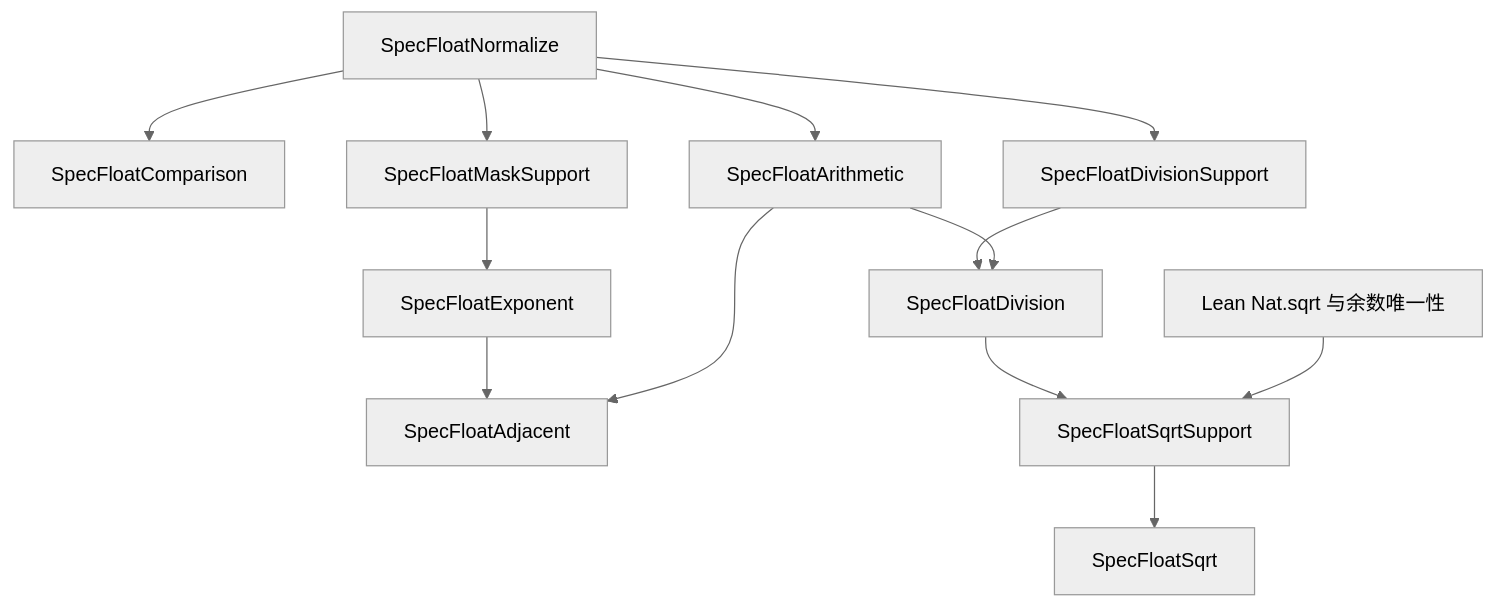
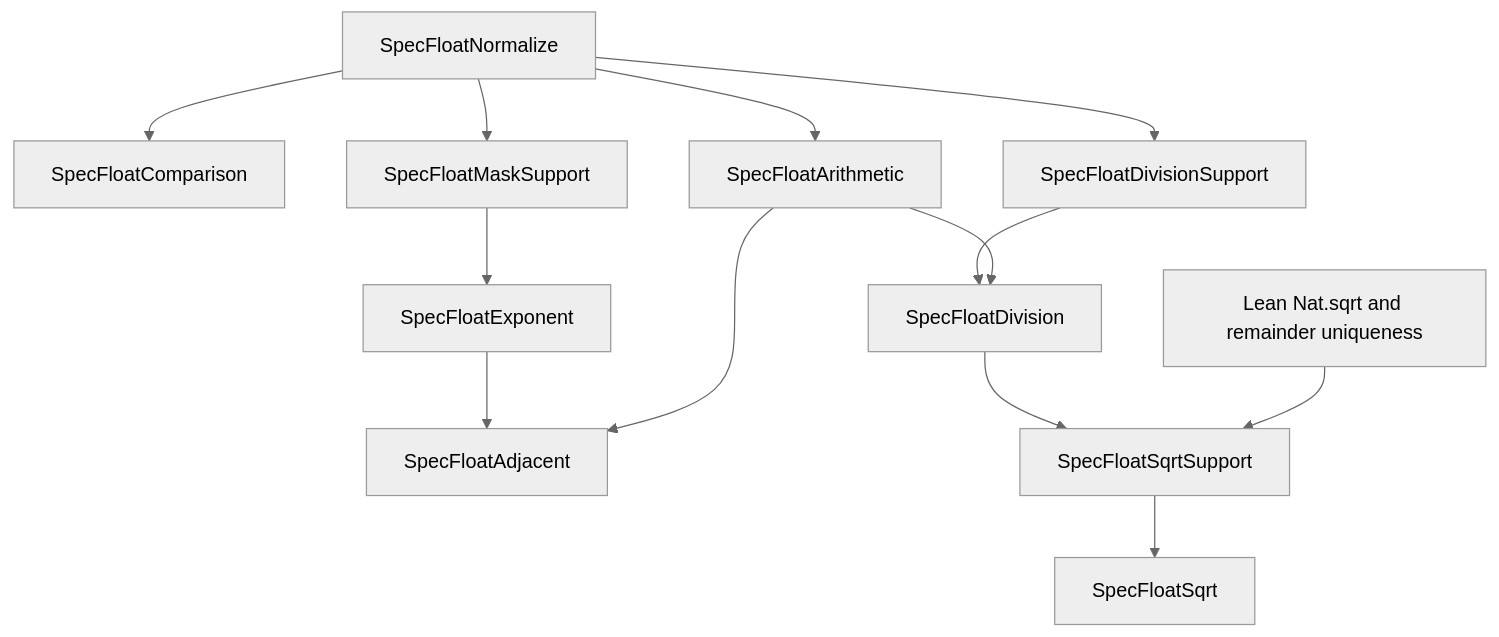
Diagram 23 of 26 in experiments/incremental-correspondence-20261019/DAG.md (jackooo-dddd/rocq-core), drawn with Mermaid (neutral theme) before and after one commit. The commit also changed other lines of this file and 701 other files, not shown here.

````diff
--- a/experiments/incremental-correspondence-20261019/DAG.md
+++ b/experiments/incremental-correspondence-20261019/DAG.md
@@ -623,15 +623,15 @@
 ```mermaid
 flowchart TD
   SpecFloatNormalize --> SpecFloatComparison
   SpecFloatNormalize --> SpecFloatArithmetic
   SpecFloatNormalize --> SpecFloatMaskSupport
   SpecFloatMaskSupport --> SpecFloatExponent
   SpecFloatExponent --> SpecFloatAdjacent
   SpecFloatArithmetic --> SpecFloatAdjacent
   SpecFloatNormalize --> SpecFloatDivisionSupport
   SpecFloatDivisionSupport --> SpecFloatDivision
   SpecFloatArithmetic --> SpecFloatDivision
   SpecFloatDivision --> SpecFloatSqrtSupport
-  NatSqrt[Lean Nat.sqrt 与余数唯一性] --> SpecFloatSqrtSupport
+  NatSqrt[Lean Nat.sqrt and remainder uniqueness] --> SpecFloatSqrtSupport
   SpecFloatSqrtSupport --> SpecFloatSqrt
 ```
````
